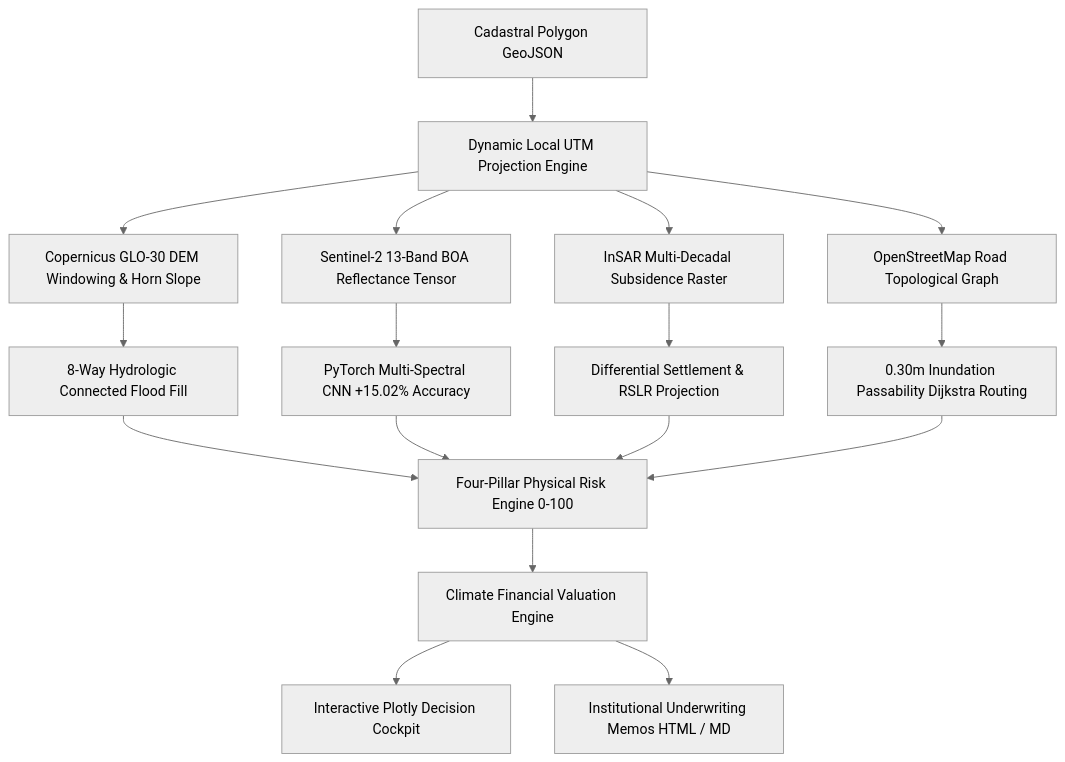
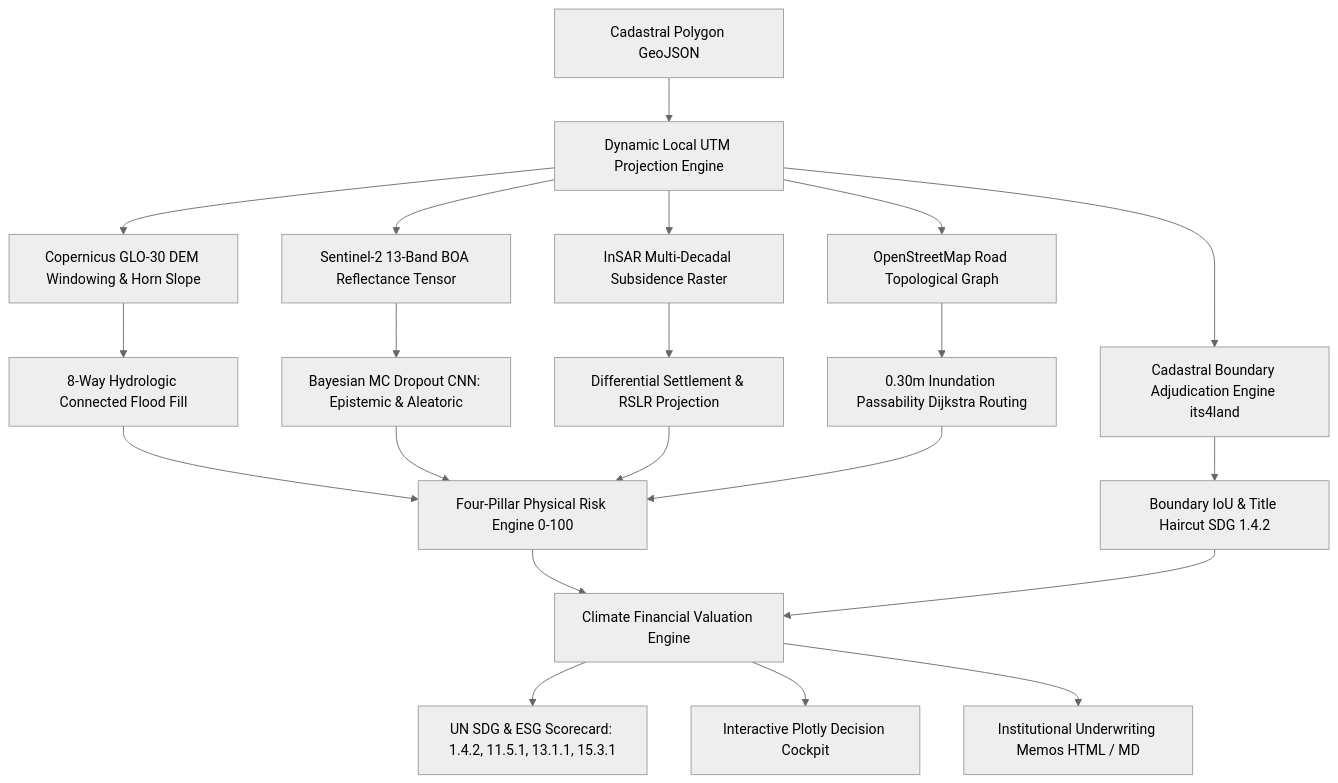
Before and after one commit to pravinkumardatafreak/alveris-geo-ai: the diagram in README.md, drawn with Mermaid (neutral theme). The commit also changed other lines of this file and 18 other files, not shown here.

First line of the commit message:
feat(geoai): upgrade with IEEE GRSM (Persello et al. 2022) Bayesian uncertainty, its4land cadastre, and UN SDG scorecard

````diff
--- a/README.md
+++ b/README.md
@@ -30,22 +35,27 @@
 ```mermaid
 flowchart TD
     A[Cadastral Polygon GeoJSON] --> B[Dynamic Local UTM Projection Engine]
     B --> C[Copernicus GLO-30 DEM Windowing & Horn Slope]
     B --> D[Sentinel-2 13-Band BOA Reflectance Tensor]
     B --> E[InSAR Multi-Decadal Subsidence Raster]
     B --> F[OpenStreetMap Road Topological Graph]
+    B --> CAD[Cadastral Boundary Adjudication Engine its4land]
     
     C --> G[8-Way Hydrologic Connected Flood Fill]
-    D --> H[PyTorch Multi-Spectral CNN +15.02% Accuracy]
+    D --> H[Bayesian MC Dropout CNN: Epistemic & Aleatoric]
     E --> I[Differential Settlement & RSLR Projection]
     F --> J[0.30m Inundation Passability Dijkstra Routing]
+    CAD --> K_CAD[Boundary IoU & Title Haircut SDG 1.4.2]
     
     G --> K[Four-Pillar Physical Risk Engine 0-100]
     H --> K
     I --> K
     J --> K
     
     K --> L[Climate Financial Valuation Engine]
+    K_CAD --> L
+    
+    L --> SDG[UN SDG & ESG Scorecard: 1.4.2, 11.5.1, 13.1.1, 15.3.1]
     L --> M[Interactive Plotly Decision Cockpit]
     L --> N[Institutional Underwriting Memos HTML / MD]
 ```
````
